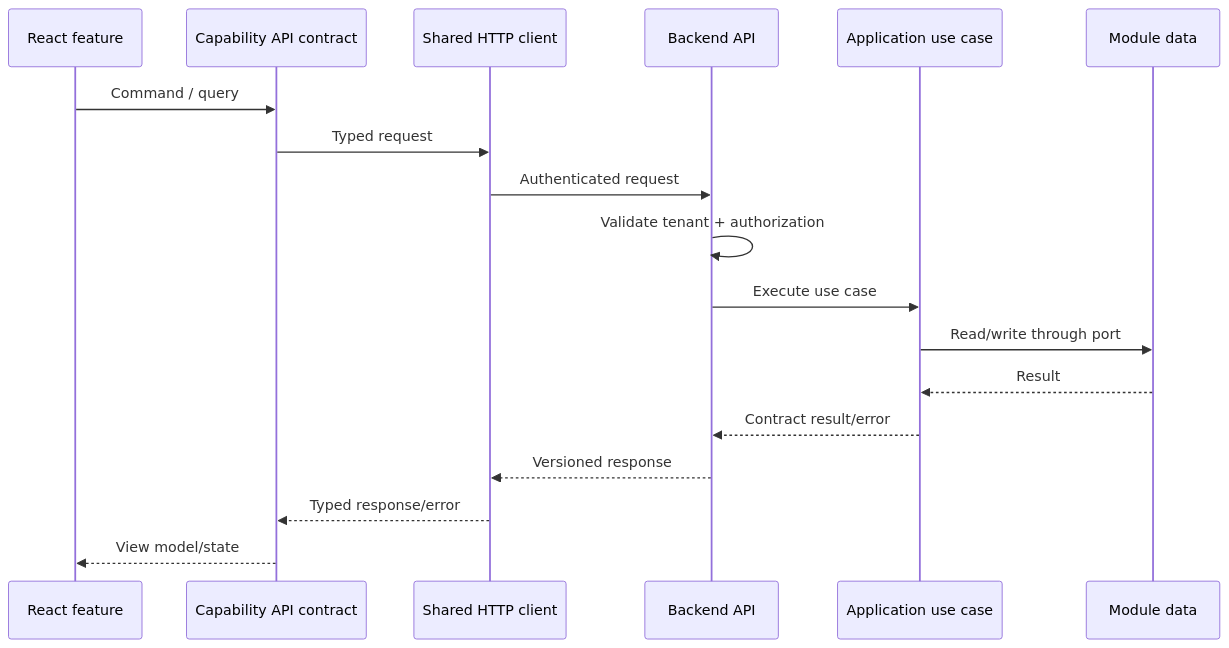
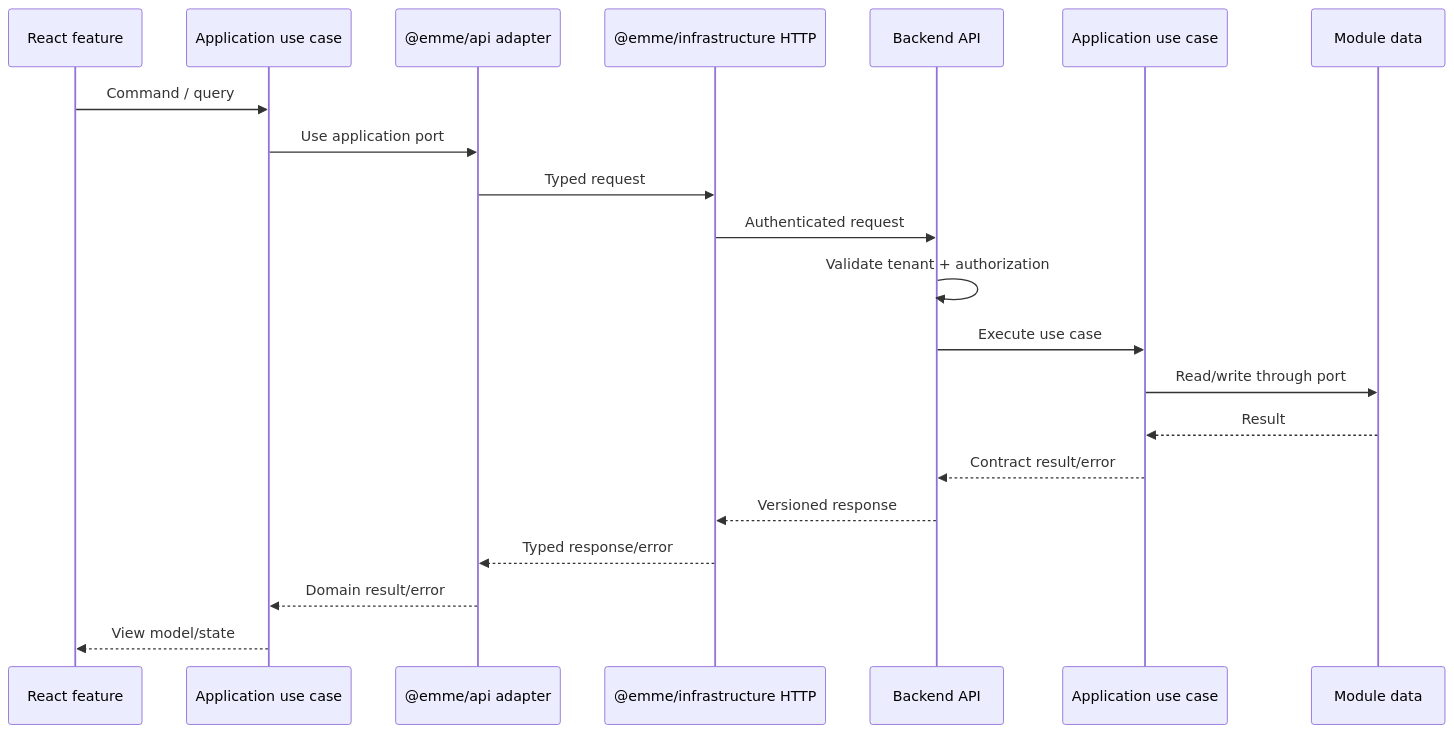
One commit to migangdelzar/emme-web changed the first of 2 diagrams in docs/architecture/03-integration/frontend-backend.md. Above: the diagram before and after it, drawn with Mermaid. The commit also changed other lines of this file and 28 other files, not shown here.

Commit message:
docs(architecture): finalize hexagonal library migration

````diff
--- a/docs/architecture/03-integration/frontend-backend.md
+++ b/docs/architecture/03-integration/frontend-backend.md
@@ -25,21 +25,24 @@
 ```mermaid
 sequenceDiagram
     participant UI as React feature
-    participant FEATURE_API as Capability API contract
-    participant CLIENT as Shared HTTP client
+    participant APP_USECASE as Application use case
+    participant FEATURE_API as @emme/api adapter
+    participant CLIENT as @emme/infrastructure HTTP
     participant API as Backend API
     participant APP as Application use case
     participant DB as Module data
 
-    UI->>FEATURE_API: Command / query
+    UI->>APP_USECASE: Command / query
+    APP_USECASE->>FEATURE_API: Use application port
     FEATURE_API->>CLIENT: Typed request
     CLIENT->>API: Authenticated request
     API->>API: Validate tenant + authorization
     API->>APP: Execute use case
     APP->>DB: Read/write through port
     DB-->>APP: Result
     APP-->>API: Contract result/error
     API-->>CLIENT: Versioned response
     CLIENT-->>FEATURE_API: Typed response/error
-    FEATURE_API-->>UI: View model/state
+    FEATURE_API-->>APP_USECASE: Domain result/error
+    APP_USECASE-->>UI: View model/state
 ```
````
